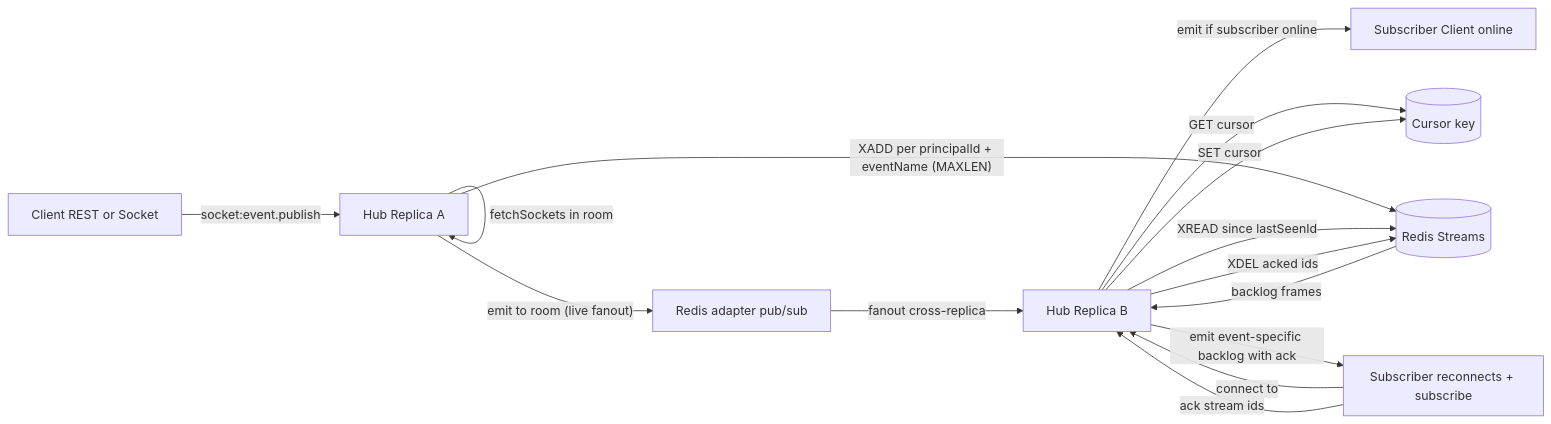
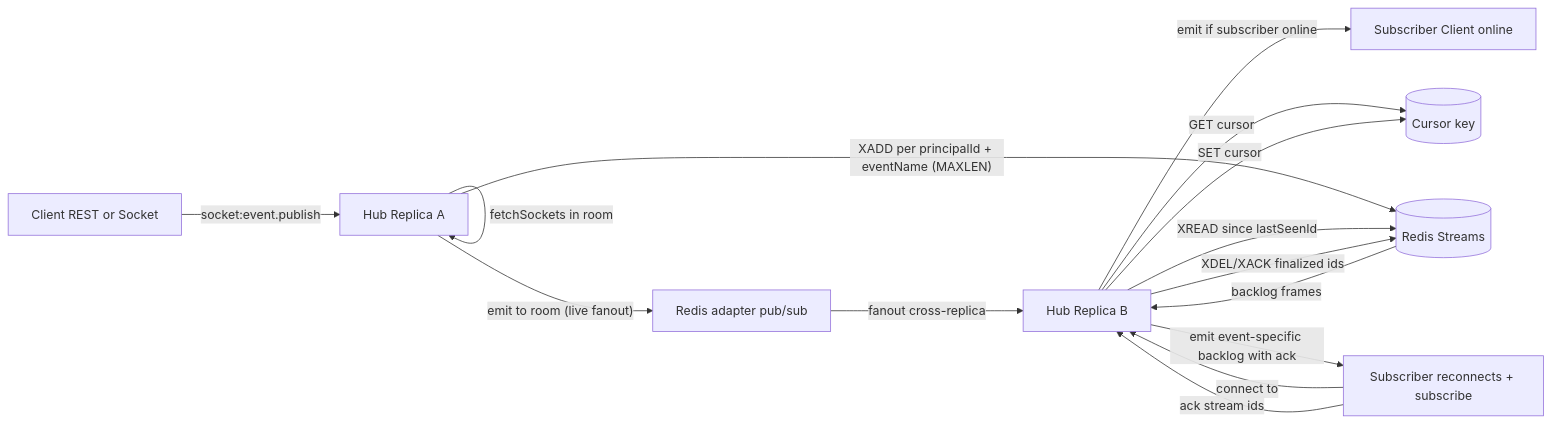
Before and after one commit to cesar-carlos/plug_server: the diagram in docs/infrastructure/redis_streams_agent_backlog.md, drawn with Mermaid. The commit also changed other lines of this file and 17 other files, not shown here.

````diff
--- a/docs/infrastructure/redis_streams_agent_backlog.md
+++ b/docs/infrastructure/redis_streams_agent_backlog.md
@@ -105,17 +106,17 @@
 ```mermaid
 flowchart LR
     Publisher[Client REST or Socket] -->|"socket:event.publish"| HubA[Hub Replica A]
     HubA -->|"fetchSockets in room"| HubA
     HubA -->|"emit to room (live fanout)"| Adapter[Redis adapter pub/sub]
     HubA -->|"XADD per principalId + eventName (MAXLEN)"| Streams[(Redis Streams)]
     Adapter -->|"fanout cross-replica"| HubB[Hub Replica B]
     HubB -->|emit if subscriber online| Subscriber[Subscriber Client online]
     Reconnect[Subscriber reconnects + subscribe] -->|connect to| HubB
     HubB -->|GET cursor| Cursor[(Cursor key)]
     HubB -->|"XREAD since lastSeenId"| Streams
     Streams -->|backlog frames| HubB
     HubB -->|"emit event-specific backlog with ack"| Reconnect
     Reconnect -->|ack stream ids| HubB
     HubB -->|SET cursor| Cursor
-    HubB -->|"XDEL acked ids"| Streams
+    HubB -->|"XDEL/XACK finalized ids"| Streams
 ```
````
